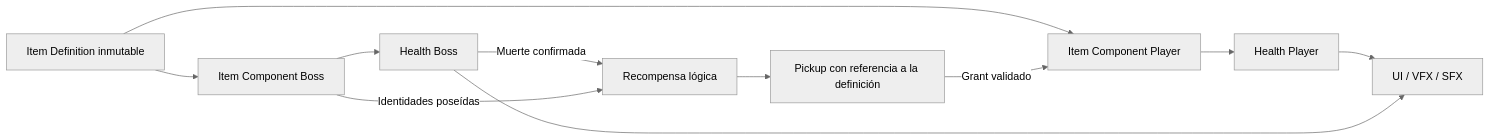
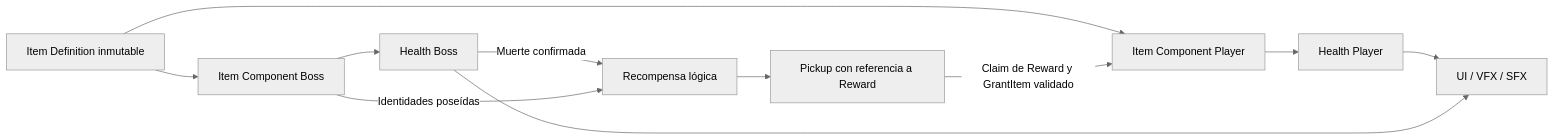
The diagram in docs/ARCHITECTURE.md (magdaleno88/SoulsRogue), drawn with Mermaid (neutral theme) before and after one commit. The commit also changed other lines of this file and 3 other files, not shown here.

Commit message:
Implement physical item pickup

````diff
--- a/docs/ARCHITECTURE.md
+++ b/docs/ARCHITECTURE.md
@@ -153,13 +153,13 @@
 ```mermaid
 flowchart LR
     D[Item Definition inmutable] --> IP[Item Component Player]
     D --> IB[Item Component Boss]
     IP --> HP[Health Player]
     IB --> HB[Health Boss]
     HB -->|Muerte confirmada| R[Recompensa lógica]
     IB -->|Identidades poseídas| R
-    R --> P[Pickup con referencia a la definición]
-    P -->|Grant validado| IP
+    R --> P[Pickup con referencia a Reward]
+    P -->|Claim de Reward y GrantItem validado| IP
     HP --> UI[UI / VFX / SFX]
     HB --> UI
 ```
````
